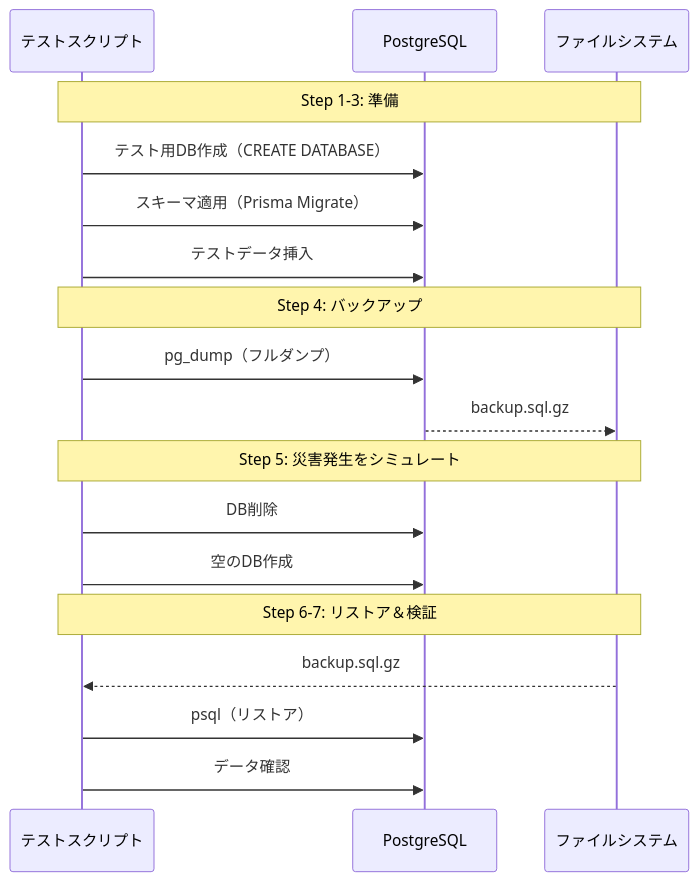
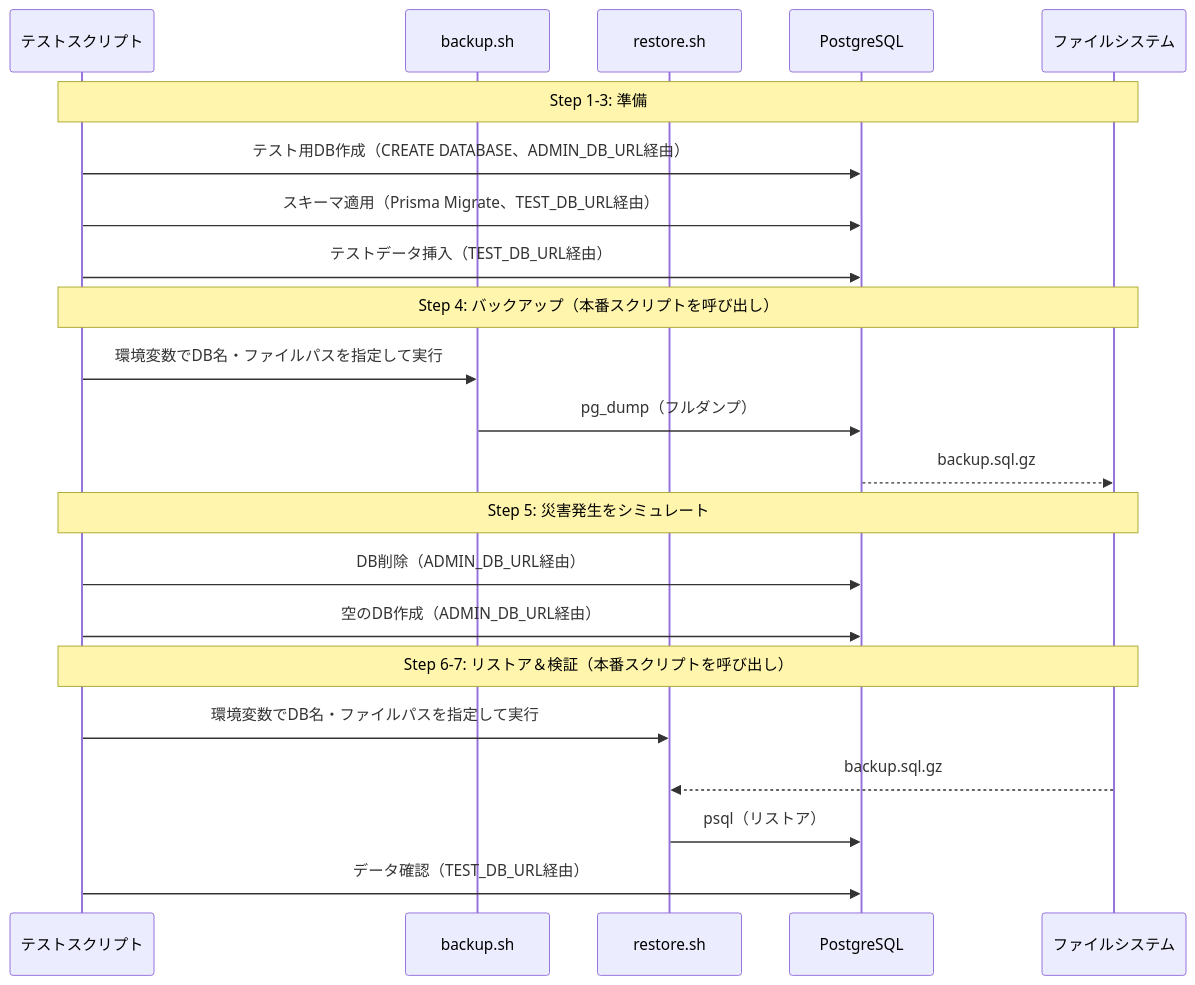
The diagram in docs/architecture/test-architecture.md (denkoushi/RaspberryPiSystem_002), drawn with Mermaid before and after one commit. The commit also changed other lines of this file and 2 other files, not shown here.

````diff
--- a/docs/architecture/test-architecture.md
+++ b/docs/architecture/test-architecture.md
@@ -89,24 +89,28 @@
 ```mermaid
 sequenceDiagram
     participant Test as テストスクリプト
+    participant Backup as backup.sh
+    participant Restore as restore.sh
     participant DB as PostgreSQL
     participant File as ファイルシステム
     
     Note over Test,File: Step 1-3: 準備
-    Test->>DB: テスト用DB作成（CREATE DATABASE）
-    Test->>DB: スキーマ適用（Prisma Migrate）
-    Test->>DB: テストデータ挿入
+    Test->>DB: テスト用DB作成（CREATE DATABASE、ADMIN_DB_URL経由）
+    Test->>DB: スキーマ適用（Prisma Migrate、TEST_DB_URL経由）
+    Test->>DB: テストデータ挿入（TEST_DB_URL経由）
     
-    Note over Test,File: Step 4: バックアップ
-    Test->>DB: pg_dump（フルダンプ）
+    Note over Test,File: Step 4: バックアップ（本番スクリプトを呼び出し）
+    Test->>Backup: 環境変数でDB名・ファイルパスを指定して実行
+    Backup->>DB: pg_dump（フルダンプ）
     DB-->>File: backup.sql.gz
     
     Note over Test,File: Step 5: 災害発生をシミュレート
-    Test->>DB: DB削除
-    Test->>DB: 空のDB作成
+    Test->>DB: DB削除（ADMIN_DB_URL経由）
+    Test->>DB: 空のDB作成（ADMIN_DB_URL経由）
     
-    Note over Test,File: Step 6-7: リストア＆検証
-    File-->>Test: backup.sql.gz
-    Test->>DB: psql（リストア）
-    Test->>DB: データ確認
+    Note over Test,File: Step 6-7: リストア＆検証（本番スクリプトを呼び出し）
+    Test->>Restore: 環境変数でDB名・ファイルパスを指定して実行
+    File-->>Restore: backup.sql.gz
+    Restore->>DB: psql（リストア）
+    Test->>DB: データ確認（TEST_DB_URL経由）
 ```
````
